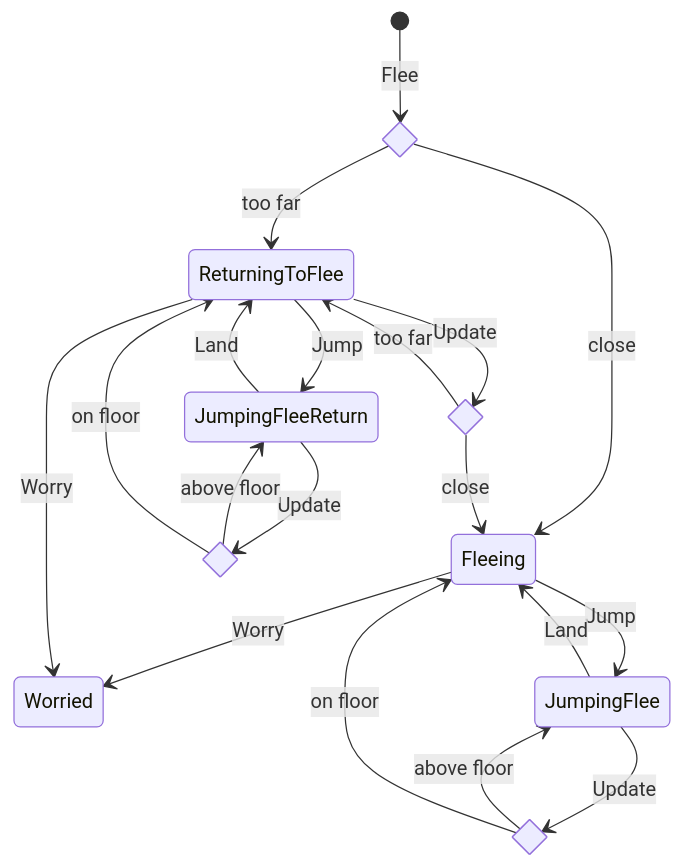
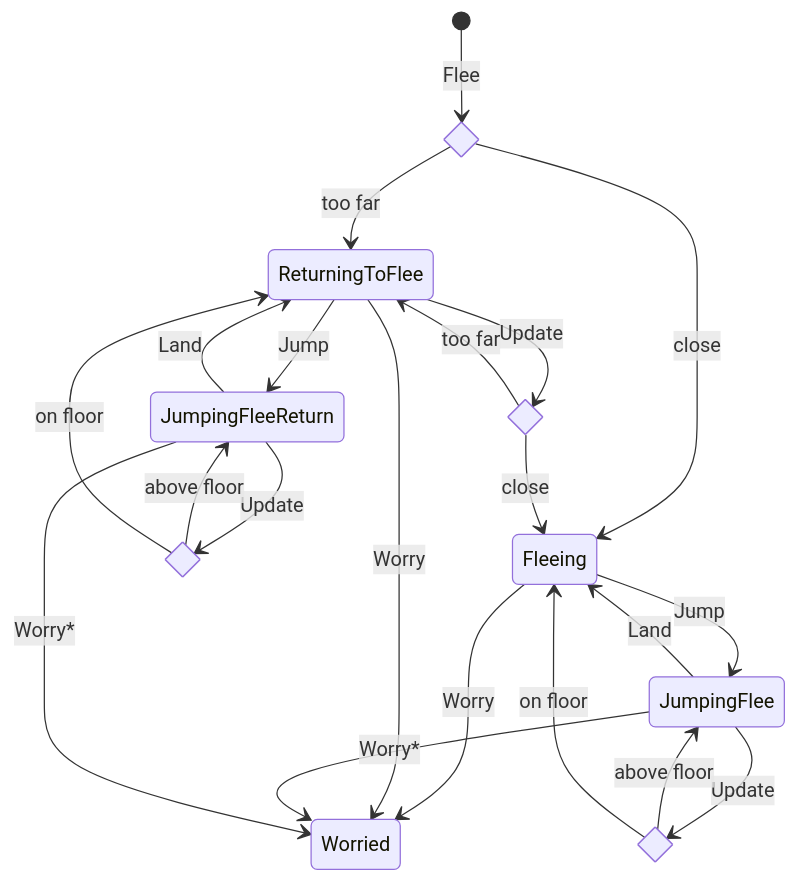
Before and after one commit to jorge-gonzalez-lexia/walk-the-dog: the second of 3 diagrams in src/game/dog/README.md, drawn with Mermaid. The commit also changed other lines of this file and 6 other files, not shown here.

Commit message:
Dog JumpingWorriedReturn state and transitions

````diff
--- a/src/game/dog/README.md
+++ b/src/game/dog/README.md
@@ -61,29 +61,31 @@
 ```mermaid
 stateDiagram-v2
   state running_flee <<choice>>
   [*] --> running_flee: Flee
   running_flee --> Fleeing: close
   running_flee --> ReturningToFlee: too far
 
   Fleeing --> Worried: Worry
   ReturningToFlee --> Worried: Worry
 
   Fleeing --> JumpingFlee: Jump
   JumpingFlee --> Fleeing: Land
+  JumpingFlee --> Worried: Worry*
   state jumping_flee_update <<choice>>
   JumpingFlee --> jumping_flee_update: Update
   jumping_flee_update --> JumpingFlee: above floor
   jumping_flee_update --> Fleeing: on floor
 
   state returning_to_flee_update <<choice>>
   ReturningToFlee --> returning_to_flee_update: Update
   returning_to_flee_update --> ReturningToFlee: too far
   returning_to_flee_update --> Fleeing: close
 
   ReturningToFlee --> JumpingFleeReturn: Jump
   JumpingFleeReturn --> ReturningToFlee: Land
+  JumpingFleeReturn --> Worried: Worry*
   state jumping_flee_return_update <<choice>>
   JumpingFleeReturn --> jumping_flee_return_update: Update
   jumping_flee_return_update --> JumpingFleeReturn: above floor
   jumping_flee_return_update --> ReturningToFlee: on floor
 ```
````
